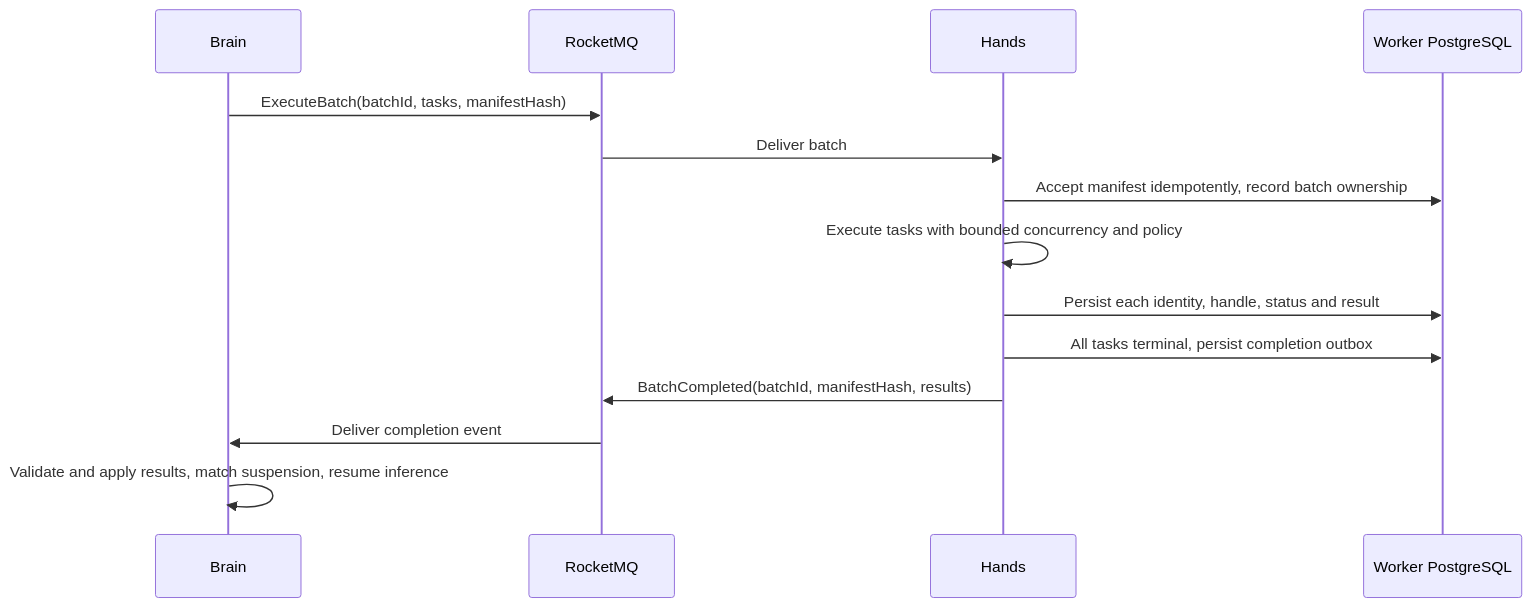
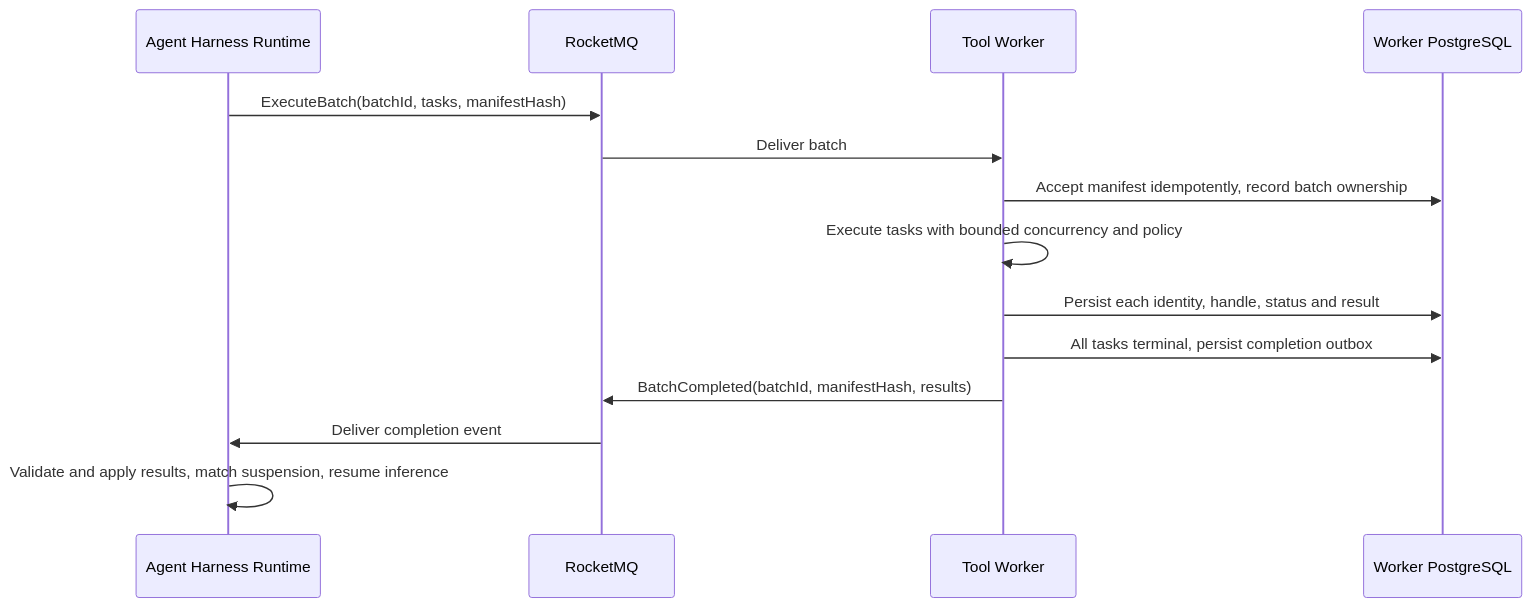
Before and after one commit to agentscope-ai/agentscope-java: the diagram in agentscope-service/docs/design/tool-call-batch-dispatch.en.md, drawn with Mermaid. The commit also changed other lines of this file and 4515 other files, not shown here.

````diff
--- a/agentscope-service/docs/design/tool-call-batch-dispatch.en.md
+++ b/agentscope-service/docs/design/tool-call-batch-dispatch.en.md
@@ -47,16 +47,16 @@
 ```mermaid
 sequenceDiagram
-    participant R as Brain
+    participant R as Agent Harness Runtime
     participant Q as RocketMQ
-    participant W as Hands
+    participant W as Tool Worker
     participant D as Worker PostgreSQL
     R->>Q: ExecuteBatch(batchId, tasks, manifestHash)
     Q->>W: Deliver batch
     W->>D: Accept manifest idempotently, record batch ownership
     W->>W: Execute tasks with bounded concurrency and policy
     W->>D: Persist each identity, handle, status and result
     W->>D: All tasks terminal, persist completion outbox
     W->>Q: BatchCompleted(batchId, manifestHash, results)
     Q->>R: Deliver completion event
     R->>R: Validate and apply results, match suspension, resume inference
 ```
````
